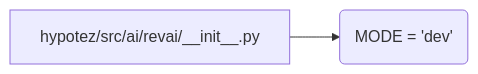
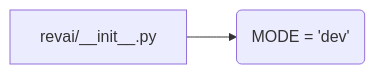
The second of 2 diagrams in docs/gemini/ru/explainer/src/ai/revai/__init__.md (hypo69/hypo), drawn with Mermaid before and after one commit. The commit also changed other lines of this file and 877 other files, not shown here.

````diff
--- a/docs/gemini/ru/explainer/src/ai/revai/__init__.md
+++ b/docs/gemini/ru/explainer/src/ai/revai/__init__.md
@@ -42,4 +38,4 @@
 ```mermaid
 graph LR
-    A[hypotez/src/ai/revai/__init__.py] --> B(MODE = 'dev');
+    A[revai/__init__.py] --> B(MODE = 'dev');
 ```
````
